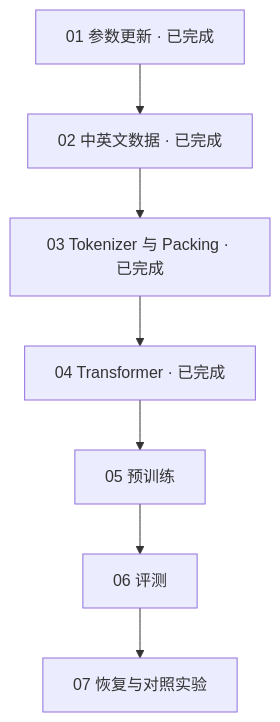
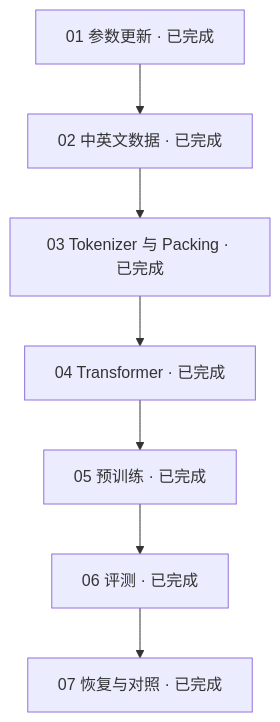
Before and after one commit to wang-TJ-20/llm-lifecycle-lab: the diagram in docs/README.md, drawn with Mermaid. The commit also changed other lines of this file and 11 other files, not shown here.

````diff
--- a/docs/README.md
+++ b/docs/README.md
@@ -33,8 +45,8 @@
 ```mermaid
 flowchart TD
   A["01 参数更新 · 已完成"] --> B["02 中英文数据 · 已完成"]
   B --> C["03 Tokenizer 与 Packing · 已完成"]
   C --> D["04 Transformer · 已完成"]
-  D --> E["05 预训练"]
-  E --> F["06 评测"] --> G["07 恢复与对照实验"]
+  D --> E["05 预训练 · 已完成"]
+  E --> F["06 评测 · 已完成"] --> G["07 恢复与对照 · 已完成"]
 ```
````
